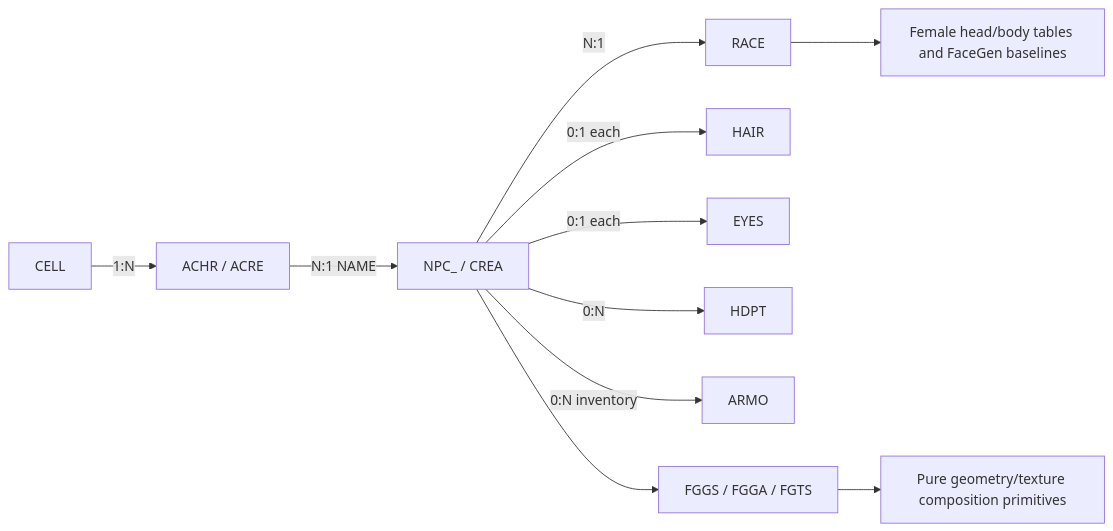
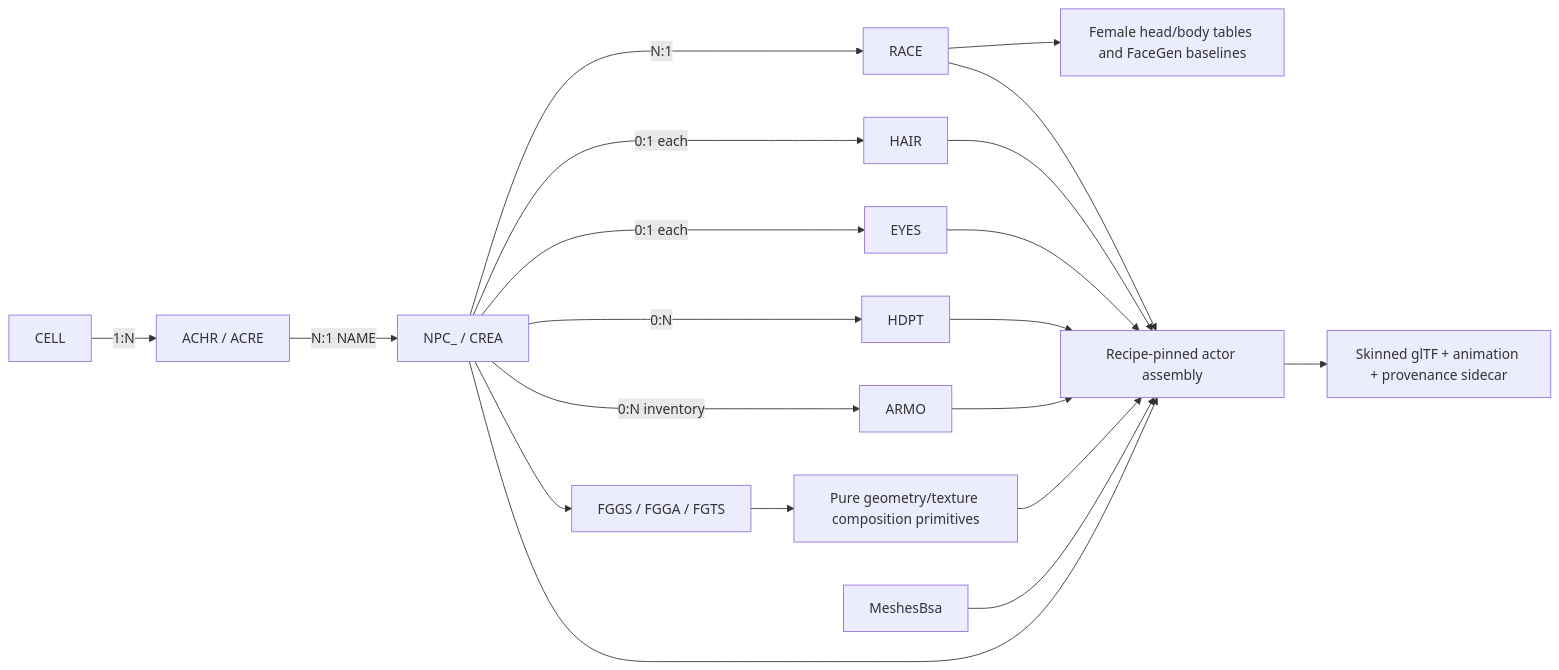
Before and after one commit to nikamigaming-create/OpenNV: the third of 5 diagrams in docs/architecture.md, drawn with Mermaid. The commit also changed other lines of this file and 7 other files, not shown here.

````diff
--- a/docs/architecture.md
+++ b/docs/architecture.md
@@ -53,13 +53,22 @@
 ```mermaid
 flowchart LR
     Cell[CELL] -->|1:N| ActorRef[ACHR / ACRE]
     ActorRef -->|N:1 NAME| ActorBase[NPC_ / CREA]
     ActorBase -->|N:1| Race[RACE]
     ActorBase -->|0:1 each| Hair[HAIR]
     ActorBase -->|0:1 each| Eyes[EYES]
     ActorBase -->|0:N| HeadPart[HDPT]
     ActorBase -->|0:N inventory| Armor[ARMO]
     ActorBase --> FaceGen[FGGS / FGGA / FGTS]
     Race --> Baseline[Female head/body tables and FaceGen baselines]
     FaceGen --> Morph[Pure geometry/texture composition primitives]
+    MeshesBsa --> Assembly[Recipe-pinned actor assembly]
+    ActorBase --> Assembly
+    Race --> Assembly
+    Hair --> Assembly
+    Eyes --> Assembly
+    HeadPart --> Assembly
+    Armor --> Assembly
+    Morph --> Assembly
+    Assembly --> ActorGltf[Skinned glTF + animation + provenance sidecar]
 ```
````
